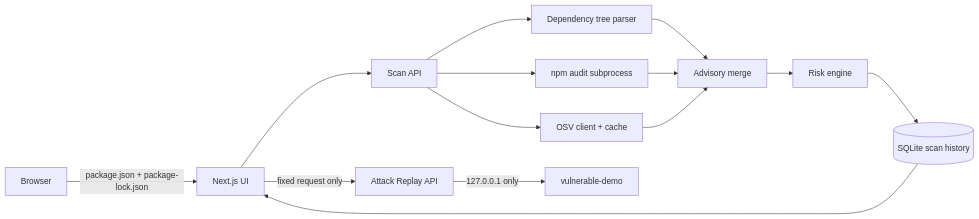
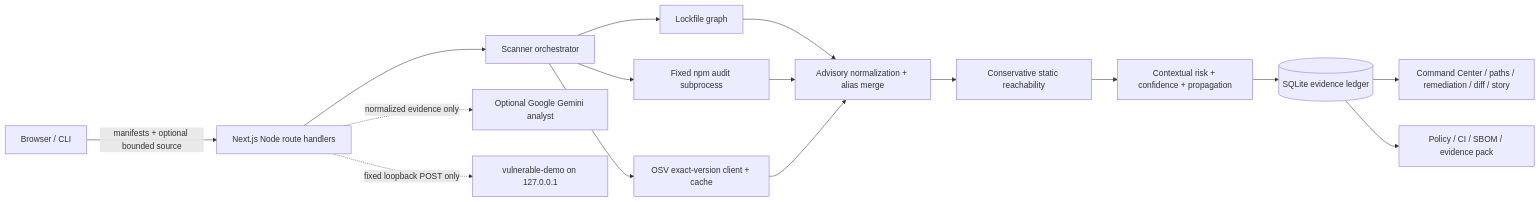
One commit to deveshsinghal09/DepShield changed the diagram in README.md. Above: the diagram before and after it, drawn with Mermaid. The commit also changed other lines of this file and 145 other files, not shown here.

````diff
--- a/README.md
+++ b/README.md
@@ -7,16 +23,18 @@
 ```mermaid
 flowchart LR
-  U[Browser] -->|package.json + package-lock.json| N[Next.js UI]
-  N --> A[Scan API]
-  A --> T[Dependency tree parser]
-  A --> NA[npm audit subprocess]
-  A --> O[OSV client + cache]
-  T --> M[Advisory merge]
-  NA --> M
-  O --> M
-  M --> R[Risk engine]
-  R --> DB[(SQLite scan history)]
-  DB --> N
-  N -->|fixed request only| AR[Attack Replay API]
-  AR -->|127.0.0.1 only| D[vulnerable-demo]
+  B[Browser / CLI] -->|manifests + optional bounded source| API[Next.js Node route handlers]
+  API --> SCAN[Scanner orchestrator]
+  SCAN --> TREE[Lockfile graph]
+  SCAN --> AUDIT[Fixed npm audit subprocess]
+  SCAN --> OSV[OSV exact-version client + cache]
+  TREE --> MERGE[Advisory normalization + alias merge]
+  AUDIT --> MERGE
+  OSV --> MERGE
+  MERGE --> REACH[Conservative static reachability]
+  REACH --> RISK[Contextual risk + confidence + propagation]
+  RISK --> DB[(SQLite evidence ledger)]
+  DB --> UI[Command Center / paths / remediation / diff / story]
+  DB --> EXPORT[Policy / CI / SBOM / evidence pack]
+  API -. normalized evidence only .-> AI[Optional Google Gemini analyst]
+  API -. fixed loopback POST only .-> DEMO[vulnerable-demo on 127.0.0.1]
 ```
````
